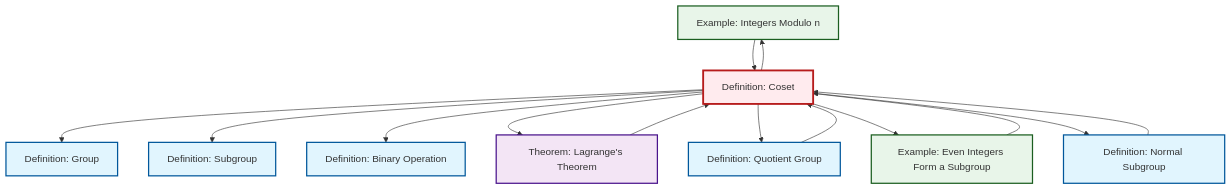
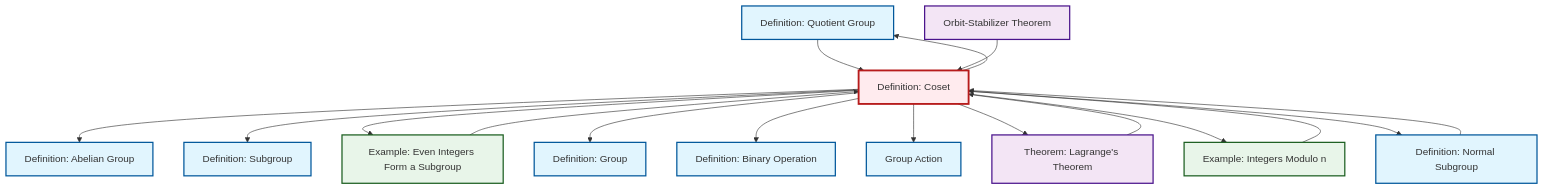
The diagram in content/ja/algebra/def-coset.qmd (RK0429/ModernMath), drawn with Mermaid before and after one commit. The commit also changed 474 other files, not shown here.

First line of the commit message:
Add group action content with comprehensive cross-references

````diff
--- a/content/ja/algebra/def-coset.qmd
+++ b/content/ja/algebra/def-coset.qmd
@@ -158,40 +158,49 @@
 ```{mermaid}
 %%| fig-cap: "Local dependency graph"
 graph TD
     classDef definition fill:#e1f5fe,stroke:#01579b,stroke-width:2px
     classDef theorem fill:#f3e5f5,stroke:#4a148c,stroke-width:2px
     classDef axiom fill:#fff3e0,stroke:#e65100,stroke-width:2px
     classDef example fill:#e8f5e9,stroke:#1b5e20,stroke-width:2px
     classDef current fill:#ffebee,stroke:#b71c1c,stroke-width:3px
+    def-abelian-group["Definition: Abelian Group"]:::definition
+    def-quotient-group["Definition: Quotient Group"]:::definition
     ex-quotient-integers-mod-n["Example: Integers Modulo n"]:::example
+    thm-lagrange["Theorem: Lagrange's Theorem"]:::theorem
     def-coset["Definition: Coset"]:::definition
+    def-normal-subgroup["Definition: Normal Subgroup"]:::definition
+    def-group-action["Group Action"]:::definition
+    ex-even-integers-subgroup["Example: Even Integers Form a Subgroup"]:::example
     def-group["Definition: Group"]:::definition
+    thm-orbit-stabilizer["Orbit-Stabilizer Theorem"]:::theorem
     def-binary-operation["Definition: Binary Operation"]:::definition
-    def-normal-subgroup["Definition: Normal Subgroup"]:::definition
-    def-quotient-group["Definition: Quotient Group"]:::definition
-    thm-lagrange["Theorem: Lagrange's Theorem"]:::theorem
-    ex-even-integers-subgroup["Example: Even Integers Form a Subgroup"]:::example
     def-subgroup["Definition: Subgroup"]:::definition
+    def-coset --> def-quotient-group
+    def-coset --> def-abelian-group
+    def-coset --> def-subgroup
+    def-quotient-group --> def-coset
+    thm-lagrange --> def-coset
+    def-coset --> ex-even-integers-subgroup
+    thm-orbit-stabilizer --> def-coset
+    def-coset --> def-group
+    def-coset --> def-binary-operation
+    ex-quotient-integers-mod-n --> def-coset
+    def-normal-subgroup --> def-coset
+    def-coset --> def-group-action
     ex-even-integers-subgroup --> def-coset
-    def-coset --> def-group
-    def-coset --> def-subgroup
-    def-coset --> def-binary-operation
-    thm-lagrange --> def-coset
+    def-coset --> thm-lagrange
     def-coset --> ex-quotient-integers-mod-n
-    def-coset --> thm-lagrange
-    def-coset --> def-quotient-group
-    def-quotient-group --> def-coset
-    def-normal-subgroup --> def-coset
-    def-coset --> ex-even-integers-subgroup
-    ex-quotient-integers-mod-n --> def-coset
     def-coset --> def-normal-subgroup
     class def-coset current
+    click def-abelian-group "def-abelian-group.html" "Definition: Abelian Groupへ"
+    click def-quotient-group "def-quotient-group.html" "Definition: Quotient Groupへ"
     click ex-quotient-integers-mod-n "ex-quotient-integers-mod-n.html" "Example: Integers Modulo nへ"
+    click thm-lagrange "thm-lagrange.html" "Theorem: Lagrange's Theoremへ"
+    click def-normal-subgroup "def-normal-subgroup.html" "Definition: Normal Subgroupへ"
+    click def-group-action "def-group-action.html" "Group Actionへ"
+    click ex-even-integers-subgroup "ex-even-integers-subgroup.html" "Example: Even Integers Form a Subgroupへ"
     click def-group "def-group.html" "Definition: Groupへ"
+    click thm-orbit-stabilizer "thm-orbit-stabilizer.html" "Orbit-Stabilizer Theoremへ"
     click def-binary-operation "def-binary-operation.html" "Definition: Binary Operationへ"
-    click def-normal-subgroup "def-normal-subgroup.html" "Definition: Normal Subgroupへ"
-    click def-quotient-group "def-quotient-group.html" "Definition: Quotient Groupへ"
-    click thm-lagrange "thm-lagrange.html" "Theorem: Lagrange's Theoremへ"
-    click ex-even-integers-subgroup "ex-even-integers-subgroup.html" "Example: Even Integers Form a Subgroupへ"
     click def-subgroup "def-subgroup.html" "Definition: Subgroupへ"
 ```
````
